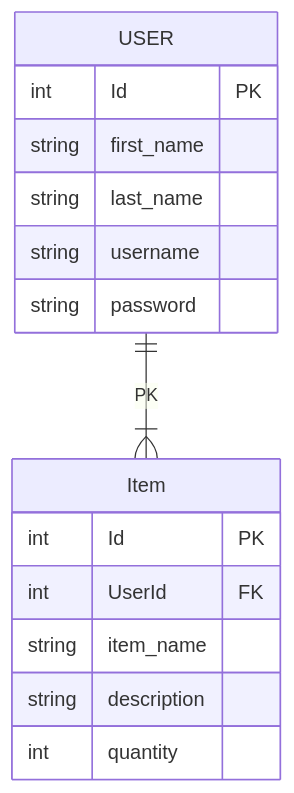
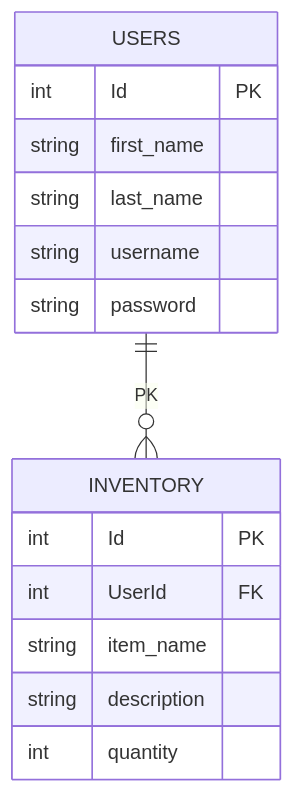
One commit to c-bullard/Supra-Coder-CRUD-App changed the diagram in README.md. Above: the diagram before and after it, drawn with Mermaid. The commit also changed other lines of this file and 10 other files, not shown here.

````diff
--- a/README.md
+++ b/README.md
@@ -34,19 +97,19 @@
 ```mermaid
 erDiagram
-USER ||--|{ Item : PK
+USERS ||--o{  INVENTORY : PK
 
-USER {
+USERS {
   int Id PK
   string first_name
   string last_name
   string username
   string password
 }
-Item {
+INVENTORY {
   int Id PK
   int UserId FK
   string item_name
   string description
   int quantity
 }
 ```
````
